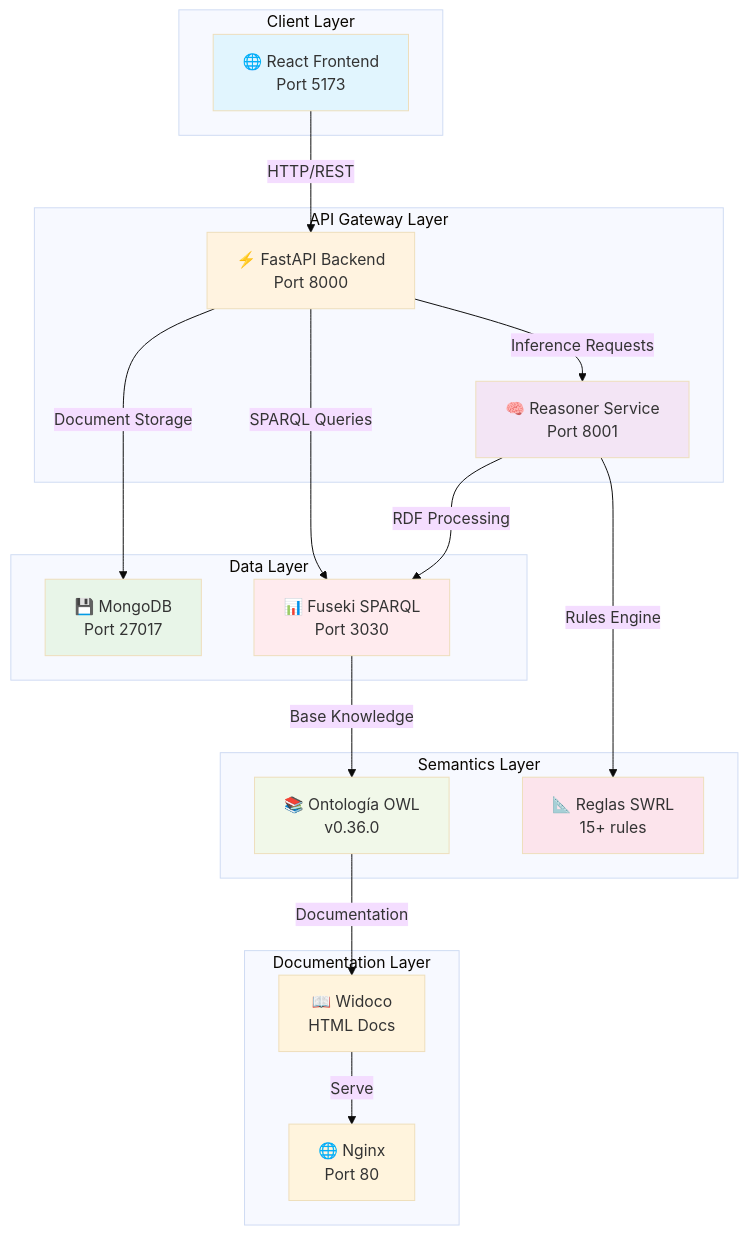
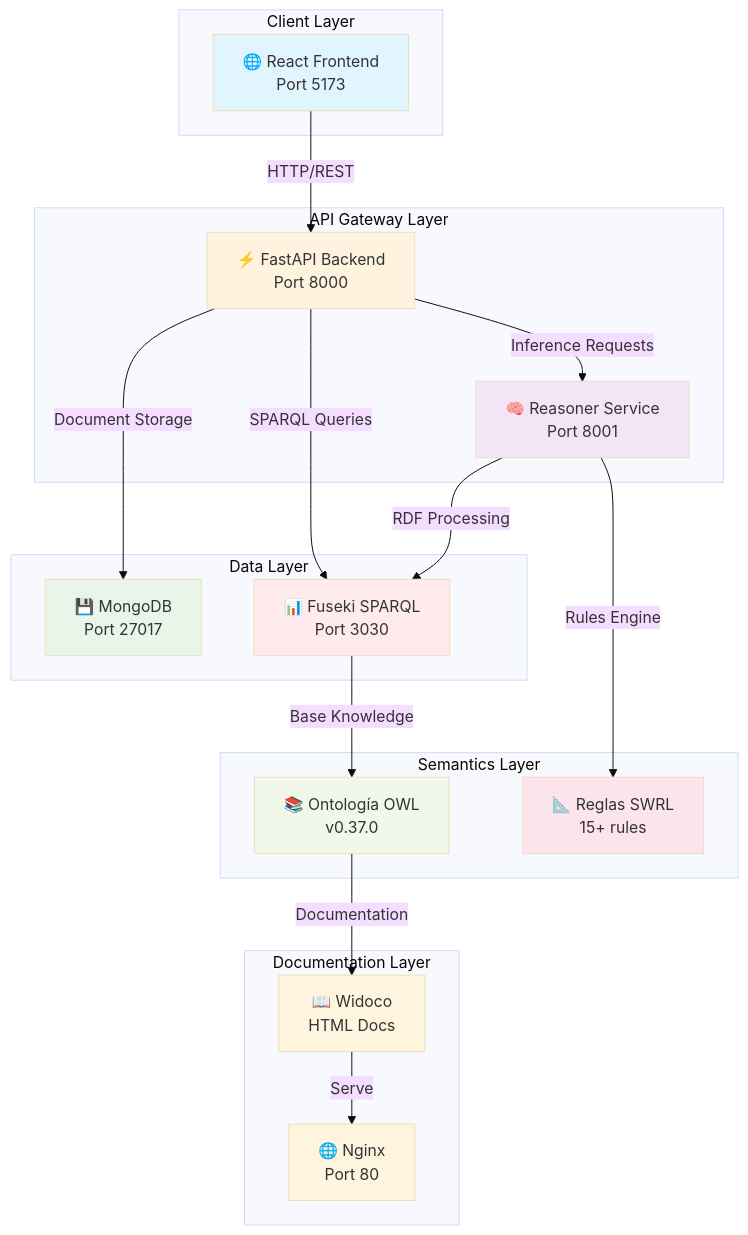
One commit to cartesiosson/ai_act_project changed the seventh of 14 diagrams in README_COMPRENSIVO.md. Above: the diagram before and after it, drawn with Mermaid (base theme). The commit also changed other lines of this file, not shown here.

````diff
--- a/README_COMPRENSIVO.md
+++ b/README_COMPRENSIVO.md
@@ -248,44 +248,44 @@
 ```mermaid
 graph TB
     subgraph "Client Layer"
         WEB["🌐 React Frontend<br/>Port 5173"]
     end
 
     subgraph "API Gateway Layer"
         API["⚡ FastAPI Backend<br/>Port 8000"]
         REASON["🧠 Reasoner Service<br/>Port 8001"]
     end
 
     subgraph "Data Layer"
         MONGO["💾 MongoDB<br/>Port 27017"]
         FUSEKI["📊 Fuseki SPARQL<br/>Port 3030"]
     end
 
     subgraph "Semantics Layer"
-        ONTO["📚 Ontología OWL<br/>v0.36.0"]
+        ONTO["📚 Ontología OWL<br/>v0.37.0"]
         RULES["📐 Reglas SWRL<br/>15+ rules"]
     end
 
     subgraph "Documentation Layer"
         DOCS["📖 Widoco<br/>HTML Docs"]
         NGINX["🌐 Nginx<br/>Port 80"]
     end
 
     WEB -->|"HTTP/REST"| API
     API -->|"SPARQL Queries"| FUSEKI
     API -->|"Document Storage"| MONGO
     API -->|"Inference Requests"| REASON
     REASON -->|"RDF Processing"| FUSEKI
     FUSEKI -->|"Base Knowledge"| ONTO
     REASON -->|"Rules Engine"| RULES
     ONTO -->|"Documentation"| DOCS
     DOCS -->|"Serve"| NGINX
 
     style WEB fill:#e1f5fe
     style API fill:#fff3e0
     style REASON fill:#f3e5f5
     style MONGO fill:#e8f5e8
     style FUSEKI fill:#ffebee
     style ONTO fill:#f1f8e9
     style RULES fill:#fce4ec
 ```
````
